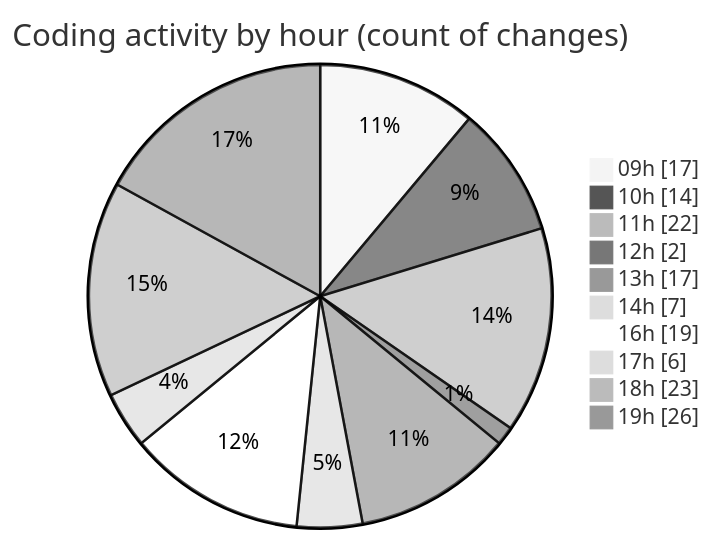
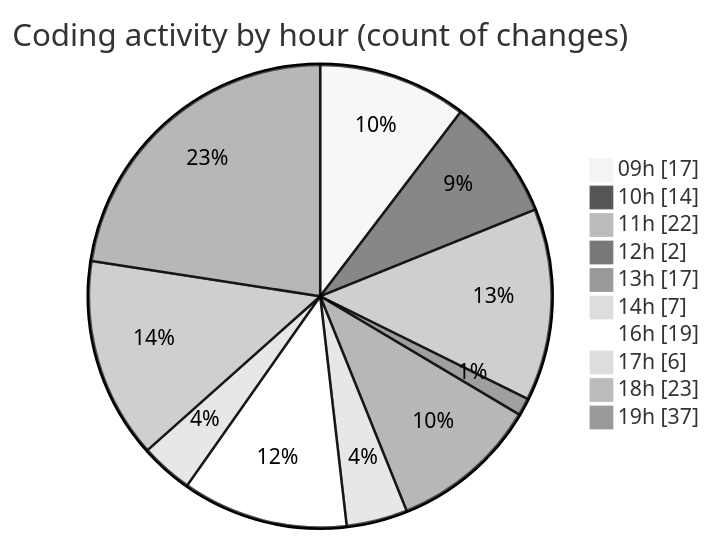
The second of 2 diagrams in 2026-04-28/cda/README.md (momahboobian/code-tracking), drawn with Mermaid (neutral theme) before and after one commit. The commit also changed other lines of this file and 1 other file, not shown here.

````diff
--- a/2026-04-28/cda/README.md
+++ b/2026-04-28/cda/README.md
@@ -76,14 +80,14 @@
 ```mermaid
 pie showData
 title Coding activity by hour (count of changes)
 "09h" : 17
 "10h" : 14
 "11h" : 22
 "12h" : 2
 "13h" : 17
 "14h" : 7
 "16h" : 19
 "17h" : 6
 "18h" : 23
-"19h" : 26
+"19h" : 37
 ```
````
